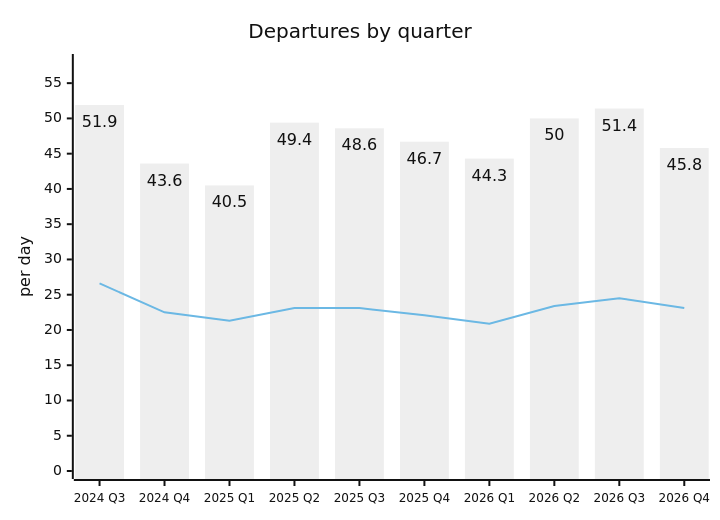
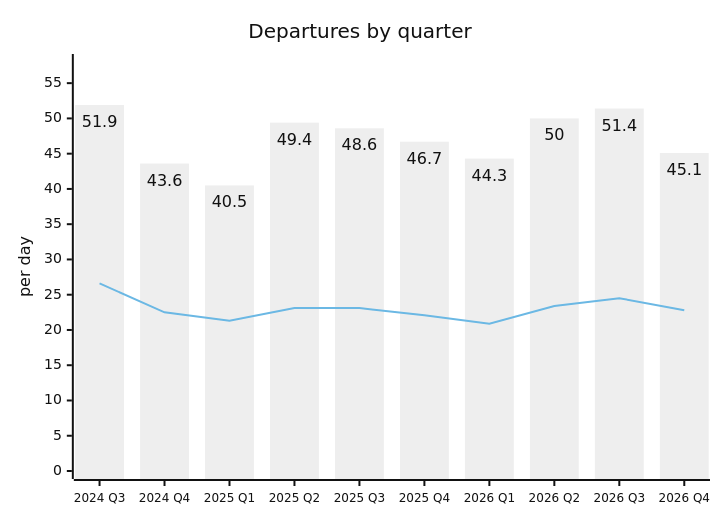
Before and after one commit to rainermesi/tll-airport-departures: the second of 2 diagrams in README.md, drawn with Mermaid (neutral theme). The commit also changed other lines of this file and 3 other files, not shown here.

````diff
--- a/README.md
+++ b/README.md
@@ -82,15 +82,15 @@
 ```mermaid
 ---
 config:
   xyChart:
     showDataLabel: true
     xAxis:
       labelFontSize: 12
 ---
 xychart-beta
     title "Departures by quarter"
     x-axis ["2024 Q3", "2024 Q4", "2025 Q1", "2025 Q2", "2025 Q3", "2025 Q4", "2026 Q1", "2026 Q2", "2026 Q3", "2026 Q4"]
     y-axis "per day" 0 --> 58
-    bar [51.9, 43.6, 40.5, 49.4, 48.6, 46.7, 44.3, 50.0, 51.4, 45.8]
-    line [26.6, 22.5, 21.3, 23.1, 23.1, 22.1, 20.9, 23.4, 24.5, 23.1]
+    bar [51.9, 43.6, 40.5, 49.4, 48.6, 46.7, 44.3, 50.0, 51.4, 45.1]
+    line [26.6, 22.5, 21.3, 23.1, 23.1, 22.1, 20.9, 23.4, 24.5, 22.8]
 ```
````
